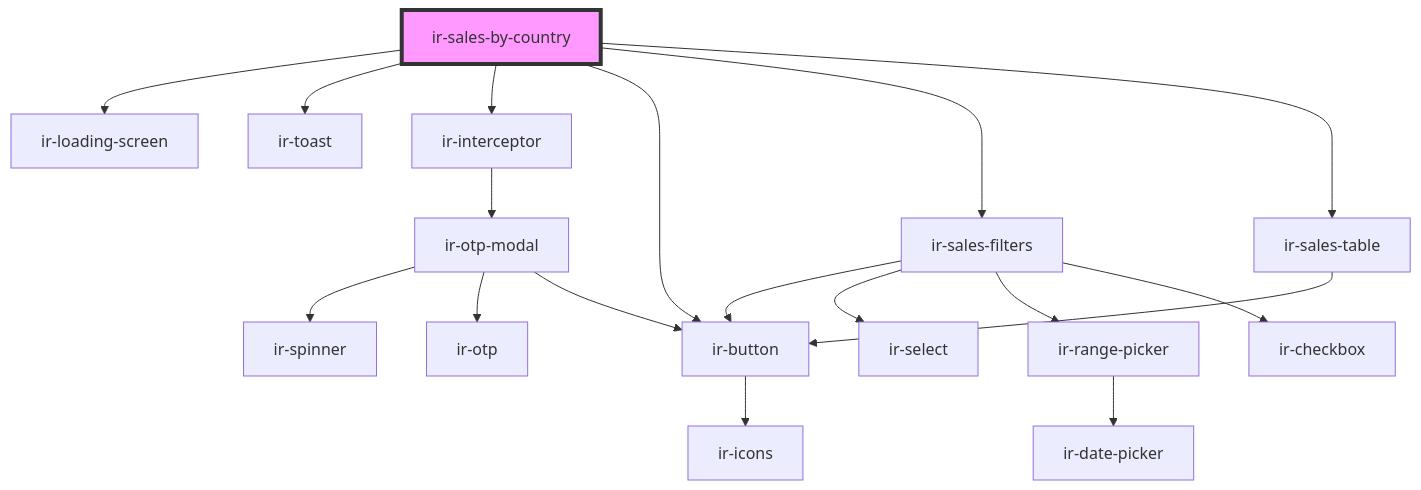
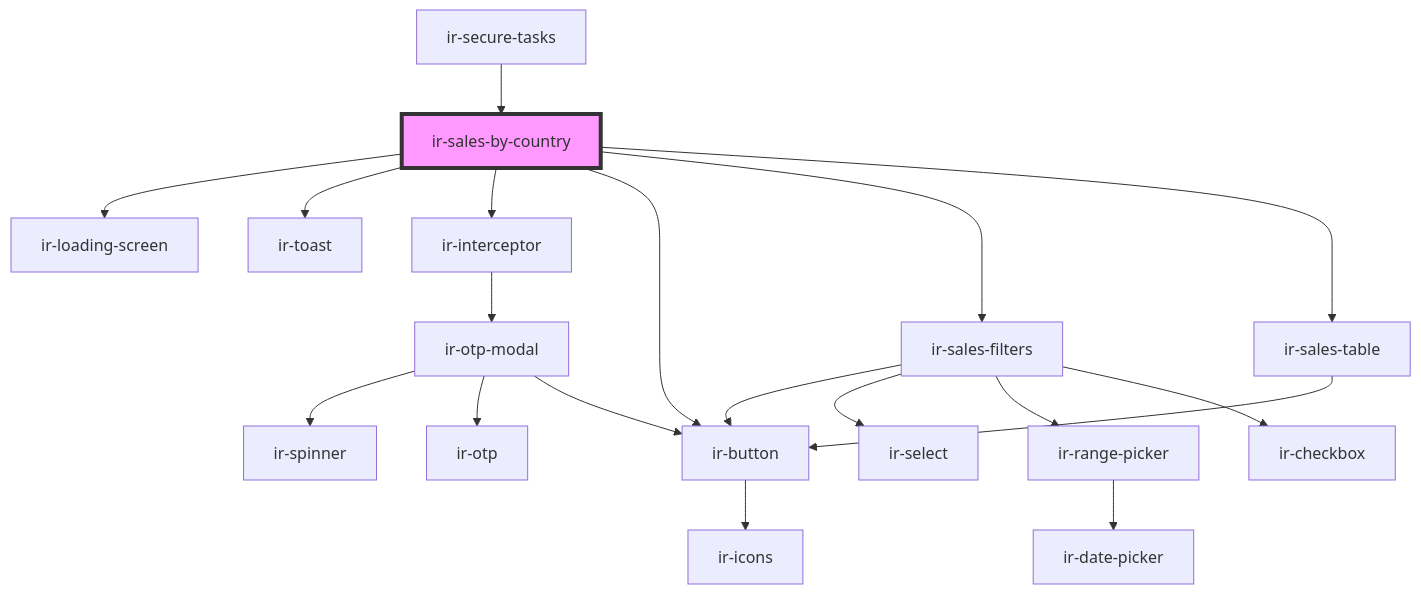
The diagram in src/components/ir-sales-by-country/readme.md (RonyRizk/ir-webcmp), drawn with Mermaid before and after one commit. The commit also changed other lines of this file and 62 other files, not shown here.

````diff
--- a/src/components/ir-sales-by-country/readme.md
+++ b/src/components/ir-sales-by-country/readme.md
@@ -30,21 +34,22 @@
 ```mermaid
 graph TD;
   ir-sales-by-country --> ir-loading-screen
   ir-sales-by-country --> ir-toast
   ir-sales-by-country --> ir-interceptor
   ir-sales-by-country --> ir-button
   ir-sales-by-country --> ir-sales-filters
   ir-sales-by-country --> ir-sales-table
   ir-interceptor --> ir-otp-modal
   ir-otp-modal --> ir-spinner
   ir-otp-modal --> ir-otp
   ir-otp-modal --> ir-button
   ir-button --> ir-icons
   ir-sales-filters --> ir-button
   ir-sales-filters --> ir-select
   ir-sales-filters --> ir-range-picker
   ir-sales-filters --> ir-checkbox
   ir-range-picker --> ir-date-picker
   ir-sales-table --> ir-button
+  ir-secure-tasks --> ir-sales-by-country
   style ir-sales-by-country fill:#f9f,stroke:#333,stroke-width:4px
 ```
````
